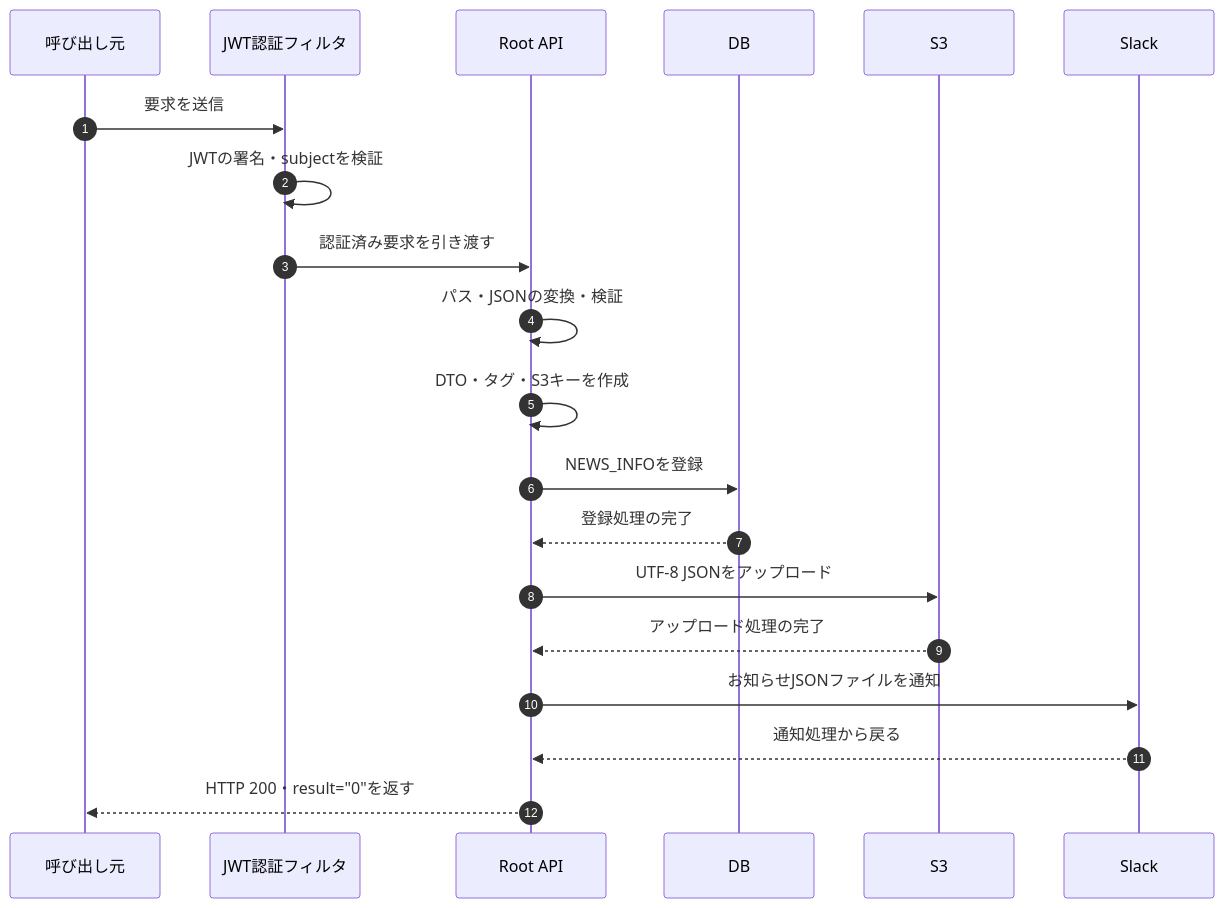
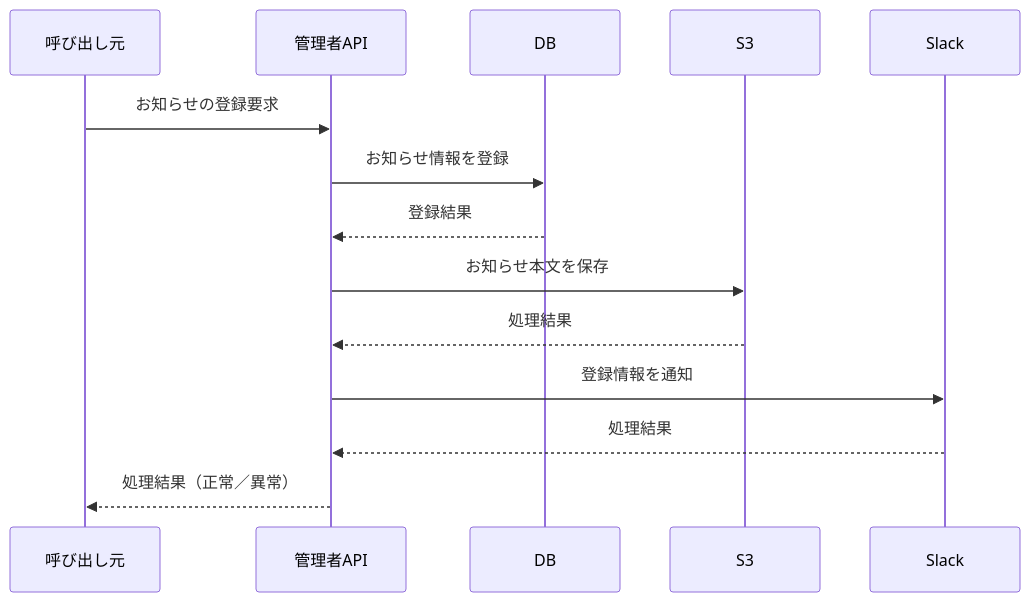
The first of 2 diagrams in ha-docs/design/05_rootapi/設計書_5.6.2.お知らせ情報登録API.md (kohei-okazaki/work-3g), drawn with Mermaid before and after one commit. The commit also changed other lines of this file and 67 other files, not shown here.

````diff
--- a/ha-docs/design/05_rootapi/設計書_5.6.2.お知らせ情報登録API.md
+++ b/ha-docs/design/05_rootapi/設計書_5.6.2.お知らせ情報登録API.md
@@ -106,22 +23,16 @@
 ```mermaid
 sequenceDiagram
-    autonumber
-    participant Client as 呼び出し元
-    participant Security as JWT認証フィルタ
-    participant API as Root API
-    participant DB as DB
-    participant S3 as S3
-    participant Slack as Slack
-    Client->>Security: 要求を送信
-    Security->>Security: JWTの署名・subjectを検証
-    Security->>API: 認証済み要求を引き渡す
-    API->>API: パス・JSONの変換・検証
-    API->>API: DTO・タグ・S3キーを作成
-    API->>DB: NEWS_INFOを登録
-    DB-->>API: 登録処理の完了
-    API->>S3: UTF-8 JSONをアップロード
-    S3-->>API: アップロード処理の完了
-    API->>Slack: お知らせJSONファイルを通知
-    Slack-->>API: 通知処理から戻る
-    API-->>Client: HTTP 200・result="0"を返す
+    participant C as 呼び出し元
+    participant A as 管理者API
+    participant D as DB
+    participant S as S3
+    participant N as Slack
+    C->>A: お知らせの登録要求
+    A->>D: お知らせ情報を登録
+    D-->>A: 登録結果
+    A->>S: お知らせ本文を保存
+    S-->>A: 処理結果
+    A->>N: 登録情報を通知
+    N-->>A: 処理結果
+    A-->>C: 処理結果（正常／異常）
 ```
````
